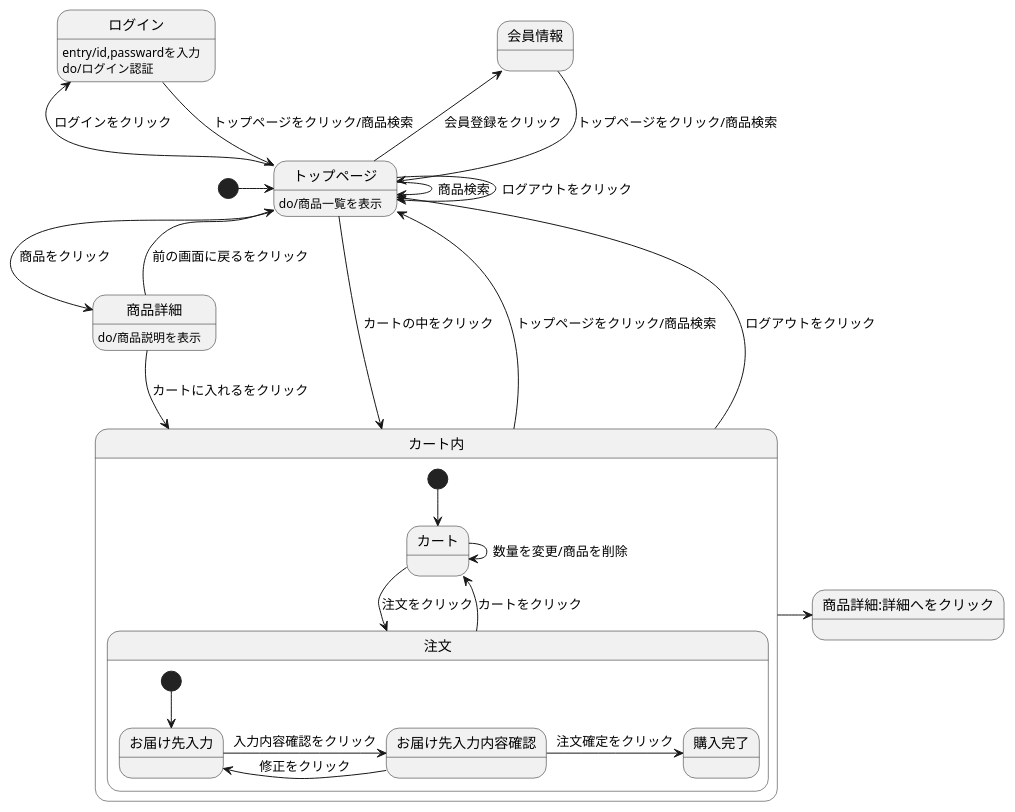
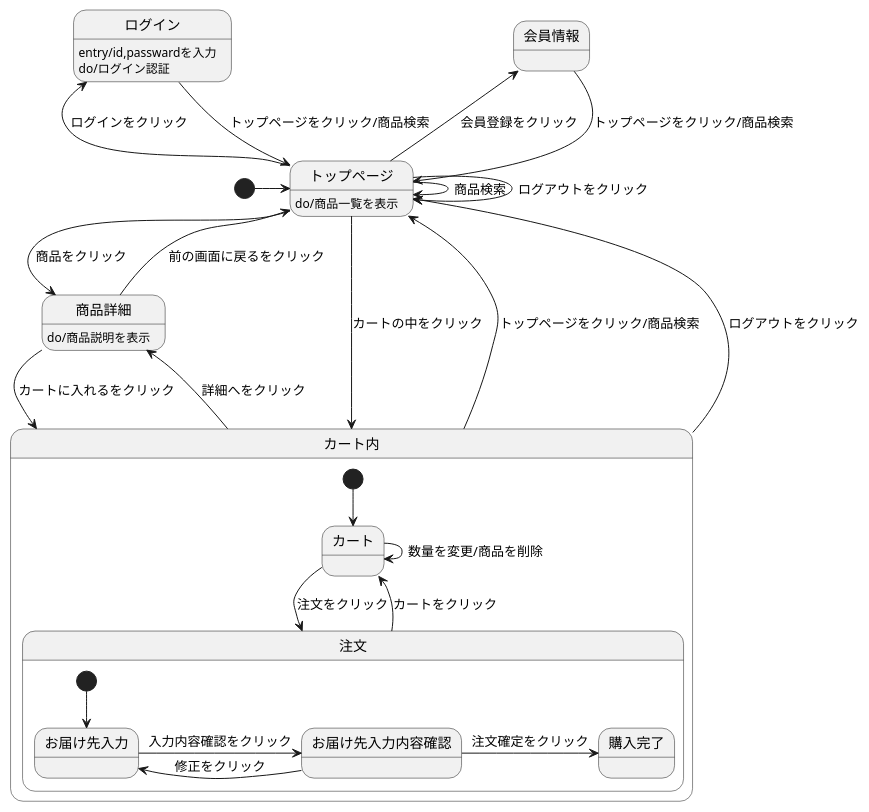
Before and after one commit to Aso2001376/2021sys-design: the diagram in toppage.md, drawn with PlantUML.

````diff
--- a/toppage.md
+++ b/toppage.md
@@ -1,35 +1,35 @@
 ```uml
 @startuml
 [*] -> トップページ
 会員情報 --> トップページ : トップページをクリック/商品検索
 ログイン --> トップページ : トップページをクリック/商品検索
 ログイン : entry/id,passwardを入力
 ログイン : do/ログイン認証
 トップページ --> トップページ : ログアウトをクリック
 トップページ -> トップページ : 商品検索
 トップページ -> 商品詳細 : 商品をクリック
 トップページ -left-> 会員情報 : 会員登録をクリック
 トップページ -left-> ログイン : ログインをクリック
 トップページ --> カート内 : カートの中をクリック
 トップページ : do/商品一覧を表示
 商品詳細 --> カート内 : カートに入れるをクリック
 商品詳細 --> トップページ : 前の画面に戻るをクリック
 商品詳細 : do/商品説明を表示
 カート内 -up-> トップページ : トップページをクリック/商品検索
 カート内 -up-> トップページ : ログアウトをクリック
-カート内 -> 商品詳細:詳細へをクリック
+カート内 -> 商品詳細 : 詳細へをクリック
 
 state カート内 {
 [*] --> カート
 カート -> 注文 : 注文をクリック
 カート -> カート : 数量を変更/商品を削除
 注文 --> カート : カートをクリック
 state 注文 {
 [*] --> お届け先入力
 お届け先入力 -> お届け先入力内容確認 : 入力内容確認をクリック
 お届け先入力内容確認 -> お届け先入力 : 修正をクリック
 お届け先入力内容確認 -> 購入完了 : 注文確定をクリック
   }
  }
 @enduml
 ```
````
